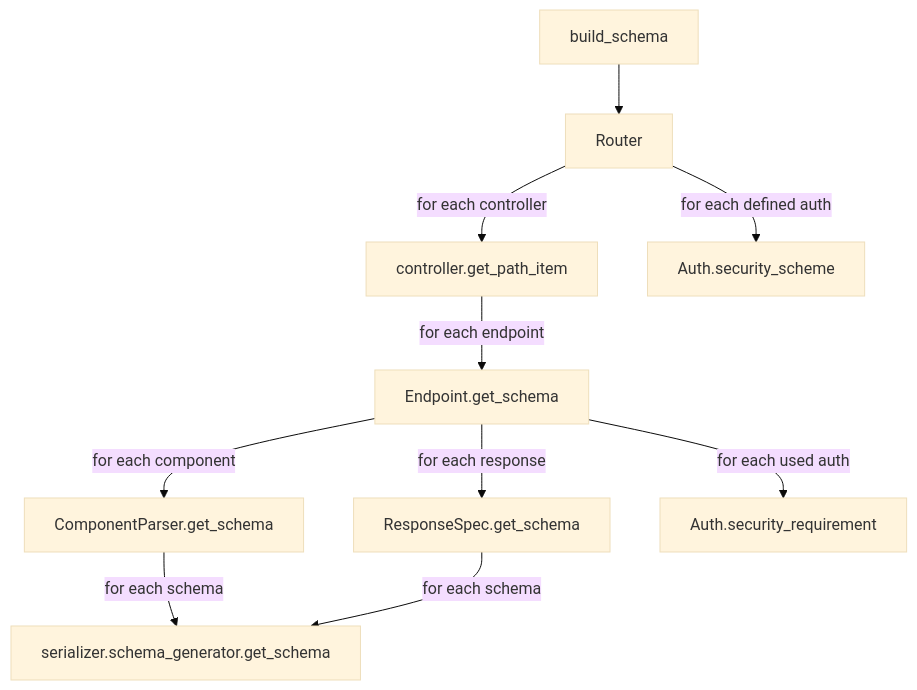
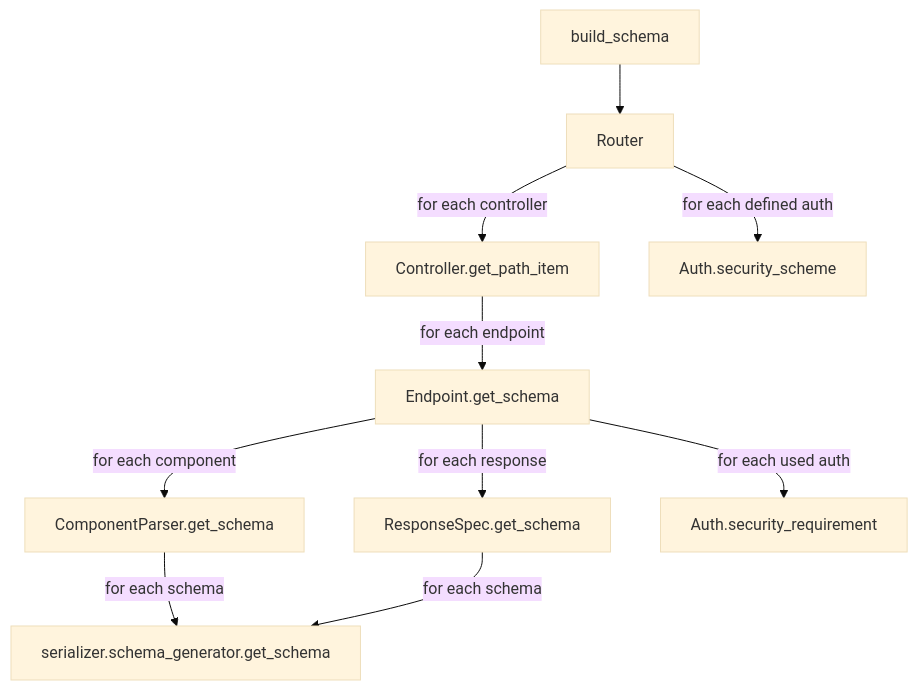
Before and after one commit to wemake-services/django-modern-rest: the diagram in docs/pages/openapi/openapi.rst, drawn with Mermaid (base theme). The commit also changed other lines of this file and 25 other files, not shown here.

```diff
--- a/docs/pages/openapi/openapi.rst
+++ b/docs/pages/openapi/openapi.rst
@@ -123,14 +123,14 @@
 .. mermaid::
   :caption: Error handling logic
   :config: {"theme": "forest"}
 
   graph
       Start[build_schema] --> Router[Router];
-      Router -->|for each controller| Controller[controller.get_path_item];
+      Router -->|for each controller| Controller[Controller.get_path_item];
       Router -->|for each defined auth| SecurityScheme[Auth.security_scheme];
       Controller -->|for each endpoint| Endpoint[Endpoint.get_schema];
       Endpoint -->|for each component| ComponentParser[ComponentParser.get_schema]
       Endpoint -->|for each response| ResponseSpec[ResponseSpec.get_schema];
       Endpoint -->|for each used auth| SecurityRequirement[Auth.security_requirement];
       ComponentParser -->|for each schema| Schema[serializer.schema_generator.get_schema];
       ResponseSpec -->|for each schema| Schema[serializer.schema_generator.get_schema];
```
